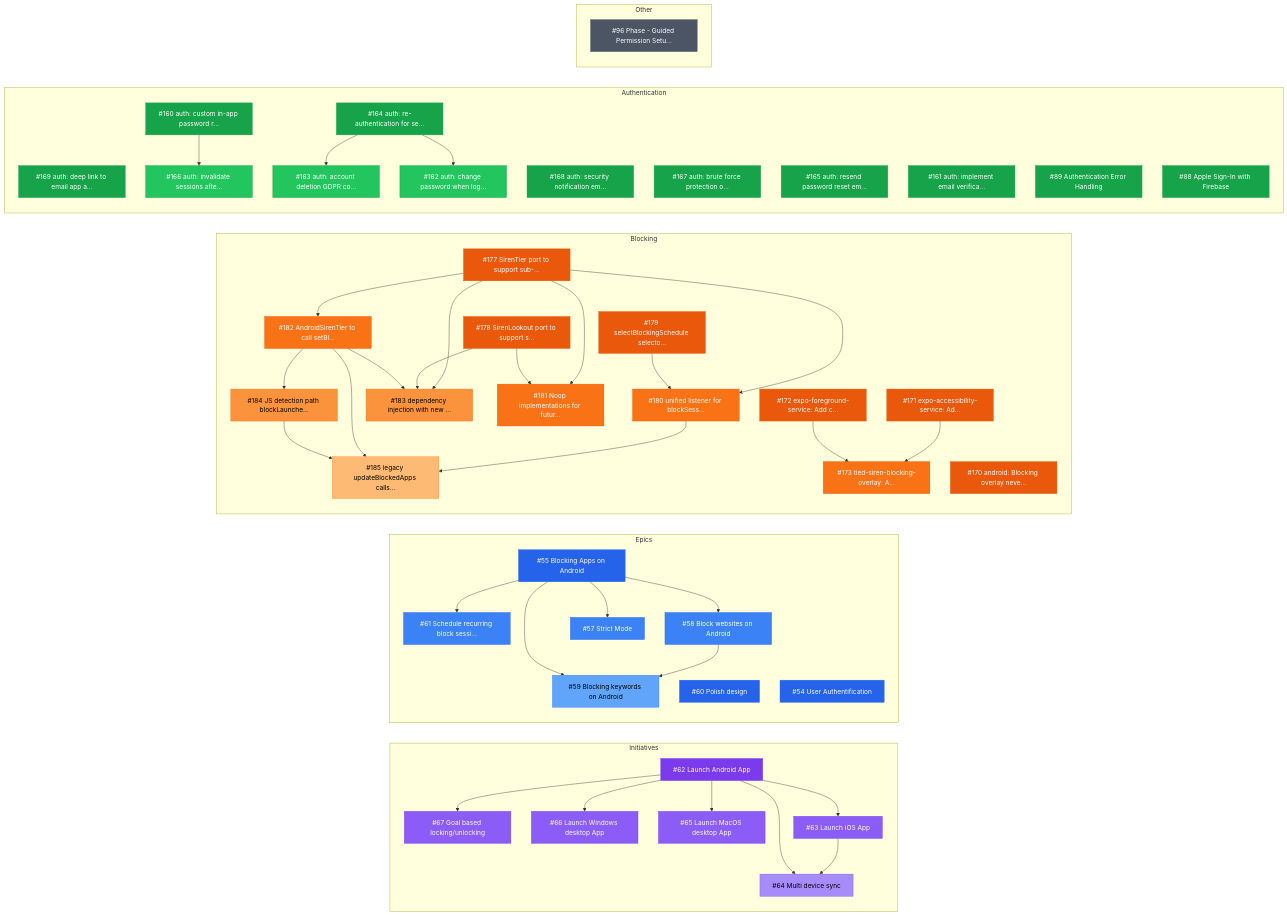
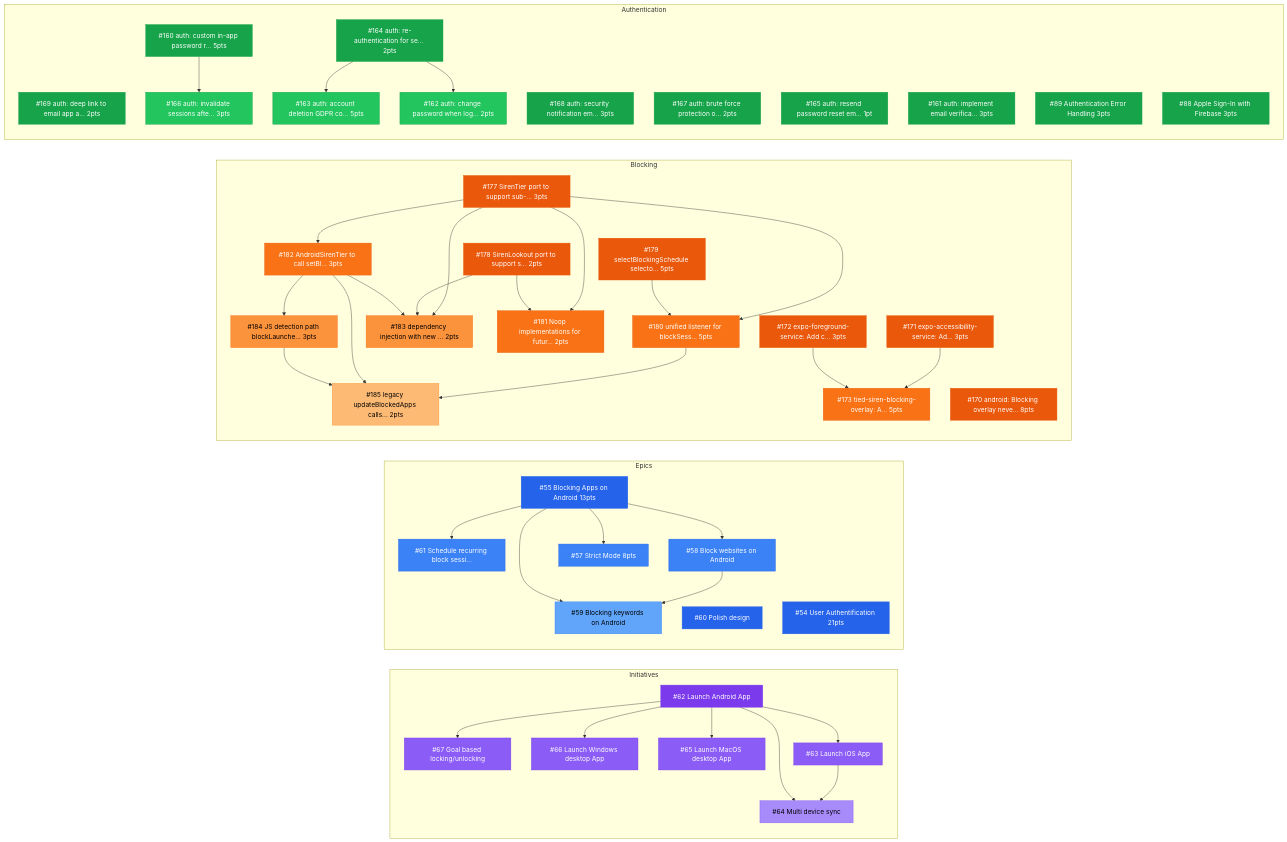
Before and after one commit to amehmeto/TiedSiren51: the first of 3 diagrams in docs/TICKET-DEPENDENCY-GRAPH.md, drawn with Mermaid. The commit also changed other lines of this file and 1 other file, not shown here.

First line of the commit message:
feat(tooling): add story points with color coding to dependency graph

```diff
--- a/docs/TICKET-DEPENDENCY-GRAPH.md
+++ b/docs/TICKET-DEPENDENCY-GRAPH.md
@@ -117,44 +111,40 @@
         T60["#60 Polish design"]:::epic0
         T59["#59 Blocking keywords on Android"]:::epic2
         T58["#58 Block websites on Android"]:::epic1
-        T57["#57 Strict Mode"]:::epic1
-        T55["#55 Blocking Apps on Android"]:::epic0
-        T54["#54 User Authentification"]:::epic0
+        T57["#57 Strict Mode <span style='color:#ef4444'>8pts</span>"]:::epic1
+        T55["#55 Blocking Apps on Android <span style='color:#ef4444'>13pts</span>"]:::epic0
+        T54["#54 User Authentification <span style='color:#ef4444'>21pts</span>"]:::epic0
     end
     subgraph Blocking
         direction TB
-        T185["#185 legacy updateBlockedApps calls..."]:::blocking3
-        T184["#184 JS detection path blockLaunche..."]:::blocking2
-        T183["#183 dependency injection with new ..."]:::blocking2
-        T182["#182 AndroidSirenTier to call setBl..."]:::blocking1
-        T181["#181 Noop implementations for futur..."]:::blocking1
-        T180["#180 unified listener for blockSess..."]:::blocking1
-        T179["#179 selectBlockingSchedule selecto..."]:::blocking0
-        T178["#178 SirenLookout port to support s..."]:::blocking0
-        T177["#177 SirenTier port to support sub-..."]:::blocking0
-        T173["#173 tied-siren-blocking-overlay: A..."]:::blocking1
-        T172["#172 expo-foreground-service: Add c..."]:::blocking0
-        T171["#171 expo-accessibility-service: Ad..."]:::blocking0
-        T170["#170 android: Blocking overlay neve..."]:::blocking0
+        T185["#185 legacy updateBlockedApps calls... <span style='color:#22c55e'>2pts</span>"]:::blocking3
+        T184["#184 JS detection path blockLaunche... <span style='color:#22c55e'>3pts</span>"]:::blocking2
+        T183["#183 dependency injection with new ... <span style='color:#22c55e'>2pts</span>"]:::blocking2
+        T182["#182 AndroidSirenTier to call setBl... <span style='color:#22c55e'>3pts</span>"]:::blocking1
+        T181["#181 Noop implementations for futur... <span style='color:#22c55e'>2pts</span>"]:::blocking1
+        T180["#180 unified listener for blockSess... <span style='color:#f97316'>5pts</span>"]:::blocking1
+        T179["#179 selectBlockingSchedule selecto... <span style='color:#f97316'>5pts</span>"]:::blocking0
+        T178["#178 SirenLookout port to support s... <span style='color:#22c55e'>2pts</span>"]:::blocking0
+        T177["#177 SirenTier port to support sub-... <span style='color:#22c55e'>3pts</span>"]:::blocking0
+        T173["#173 tied-siren-blocking-overlay: A... <span style='color:#f97316'>5pts</span>"]:::blocking1
+        T172["#172 expo-foreground-service: Add c... <span style='color:#22c55e'>3pts</span>"]:::blocking0
+        T171["#171 expo-accessibility-service: Ad... <span style='color:#22c55e'>3pts</span>"]:::blocking0
+        T170["#170 android: Blocking overlay neve... <span style='color:#ef4444'>8pts</span>"]:::blocking0
     end
     subgraph Authentication
         direction TB
-        T169["#169 auth: deep link to email app a..."]:::auth0
-        T168["#168 auth: security notification em..."]:::auth0
-        T167["#167 auth: brute force protection o..."]:::auth0
-        T166["#166 auth: invalidate sessions afte..."]:::auth1
-        T165["#165 auth: resend password reset em..."]:::auth0
-        T164["#164 auth: re-authentication for se..."]:::auth0
-        T163["#163 auth: account deletion GDPR co..."]:::auth1
-        T162["#162 auth: change password when log..."]:::auth1
-        T161["#161 auth: implement email verifica..."]:::auth0
-        T160["#160 auth: custom in-app password r..."]:::auth0
-        T89["#89 Authentication Error Handling"]:::auth0
-        T88["#88 Apple Sign-In with Firebase"]:::auth0
-    end
-    subgraph Other
-        direction TB
-        T96["#96 Phase - Guided Permission Setu..."]:::other0
+        T169["#169 auth: deep link to email app a... <span style='color:#22c55e'>2pts</span>"]:::auth0
+        T168["#168 auth: security notification em... <span style='color:#22c55e'>3pts</span>"]:::auth0
+        T167["#167 auth: brute force protection o... <span style='color:#22c55e'>2pts</span>"]:::auth0
+        T166["#166 auth: invalidate sessions afte... <span style='color:#22c55e'>3pts</span>"]:::auth1
+        T165["#165 auth: resend password reset em... <span style='color:#3b82f6'>1pt</span>"]:::auth0
+        T164["#164 auth: re-authentication for se... <span style='color:#22c55e'>2pts</span>"]:::auth0
+        T163["#163 auth: account deletion GDPR co... <span style='color:#f97316'>5pts</span>"]:::auth1
+        T162["#162 auth: change password when log... <span style='color:#22c55e'>2pts</span>"]:::auth1
+        T161["#161 auth: implement email verifica... <span style='color:#22c55e'>3pts</span>"]:::auth0
+        T160["#160 auth: custom in-app password r... <span style='color:#f97316'>5pts</span>"]:::auth0
+        T89["#89 Authentication Error Handling <span style='color:#22c55e'>3pts</span>"]:::auth0
+        T88["#88 Apple Sign-In with Firebase <span style='color:#22c55e'>3pts</span>"]:::auth0
     end
 
     T180 --> T185
```
